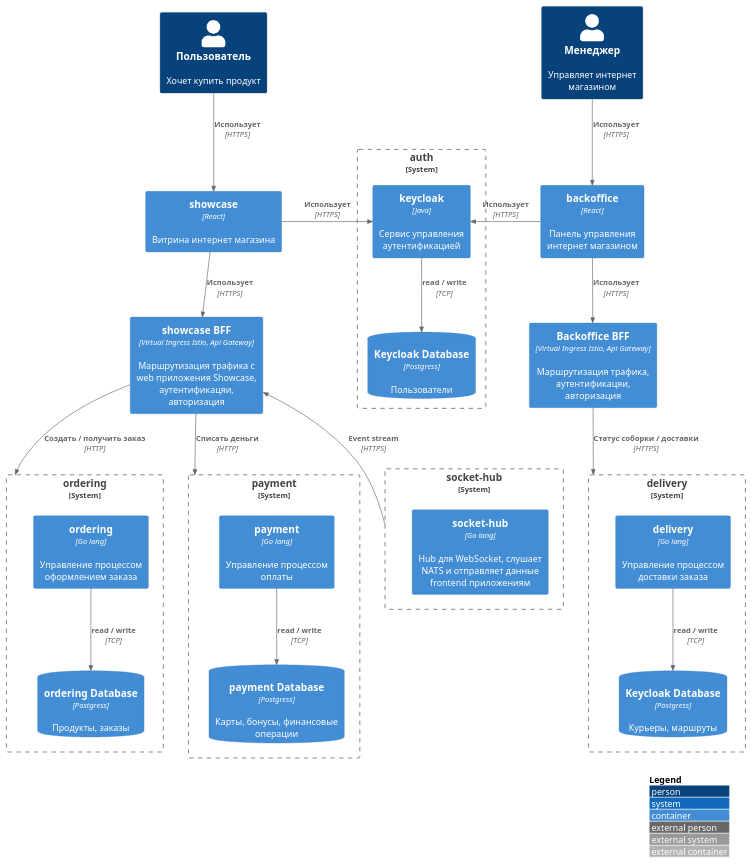
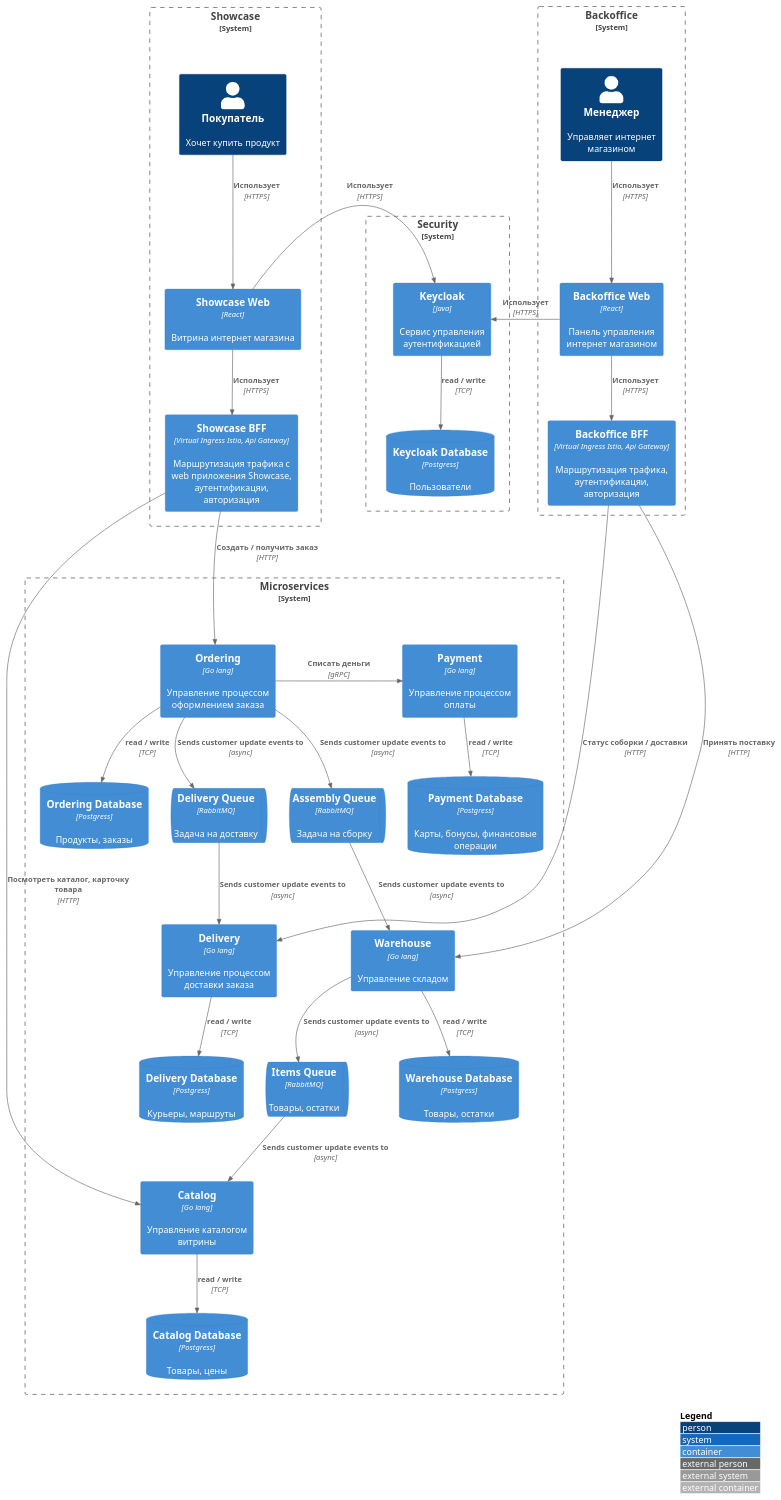
Before and after one commit to gerzhan/knigaexpert-system-design: the first of 2 diagrams in README.md, drawn with PlantUML. The commit also changed other lines of this file and 1 other file, not shown here.

````diff
--- a/README.md
+++ b/README.md
@@ -56,51 +56,60 @@
 LAYOUT_TOP_DOWN()
 LAYOUT_WITH_LEGEND()
 
-' Actors
-Person(customer, Пользователь, "Хочет купить продукт")
+' Showcase
+System_Boundary(showcase, "Showcase") {
+Person(customer, Покупатель, "Хочет купить продукт")
+Container(showcase_app, "Showcase Web", "React", "Витрина интернет магазина")
+Container(showcase_bff, "Showcase BFF", "Virtual Ingress Istio, Api Gateway", "Маршрутизация трафика c web приложения Showcase, аутентификацяи, авторизация")
+}
+
+' Backoffice
+System_Boundary(backoffice, "Backoffice") {
 Person(manager, Менеджер, "Управляет интернет магазином")
+Container(backoffice_app, "Backoffice Web", "React", "Панель управления интернет магазином")  
+Container(backoffice_bff, "Backoffice BFF", "Virtual Ingress Istio, Api Gateway", "Маршрутизация трафика, аутентификацяи, авторизация")
+}
 
-' Frontends
-Container(showcase_app, "showcase", "React", "Витрина интернет магазина")
-Container(backoffice_app, "backoffice", "React", "Панель управления интернет магазином")  
-
-' Api Gateways
-Container(showcase_bff, "showcase BFF", "Virtual Ingress Istio, Api Gateway", "Маршрутизация трафика c web приложения Showcase, аутентификацяи, авторизация")
-Container(backoffice_bff, "Backoffice BFF", "Virtual Ingress Istio, Api Gateway", "Маршрутизация трафика, аутентификацяи, авторизация")
 
 ' Services
-System_Boundary(auth_service, "auth") {
-  Container(auth, "keycloak", "Java", "Сервис управления аутентификацией")
+System_Boundary(security, "Security") {
+  Container(auth, "Keycloak", "Java", "Сервис управления аутентификацией")
   ContainerDb(auth_db, "Keycloak Database", "Postgress", "Пользователи")
   Rel(auth, auth_db, "read / write", "TCP")
 }
 
-System_Boundary(ordering_service, "ordering") {
-  Container(ordering, "ordering", "Go lang", "Управление процессом оформлением заказа")
-  ContainerDb(ordering_db, "ordering Database", "Postgress", "Продукты, заказы")
+System_Boundary(microservices, "Microservices") {
+  Container(warehouse, "Warehouse", "Go lang", "Управление складом")
+  ContainerDb(warehouse_db, "Warehouse Database", "Postgress", "Товары, остатки")
+  Rel(warehouse, warehouse_db, "read / write", "TCP")
+
+  Container(catalog, "Catalog", "Go lang", "Управление каталогом витрины")
+  ContainerDb(catalog_db, "Catalog Database", "Postgress", "Товары, цены")
+  Rel(catalog, catalog_db, "read / write", "TCP")
+
+  Container(ordering, "Ordering", "Go lang", "Управление процессом оформлением заказа")
+  ContainerDb(ordering_db, "Ordering Database", "Postgress", "Продукты, заказы")
   Rel(ordering, ordering_db, "read / write", "TCP")
+
+  Container(payment, "Payment", "Go lang", "Управление процессом оплаты")
+  ContainerDb(payment_db, "Payment Database", "Postgress", "Карты, бонусы, финансовые операции")
+  Rel(payment, payment_db, "read / write", "TCP")
+
+  Container(delivery, "Delivery", "Go lang", "Управление процессом доставки заказа")
+  ContainerDb(delivery_db, "Delivery Database", "Postgress", "Курьеры, маршруты")
+  Rel(delivery, delivery_db, "read / write", "TCP")
+
+  ContainerQueue(items_queue, "Items Queue", "RabbitMQ", "Товары, остатки")
+  ContainerQueue(delivery_queue, "Delivery Queue", "RabbitMQ", "Задача на доставку")
+  ContainerQueue(assembly_queue, "Assembly Queue", "RabbitMQ", "Задача на сборку")
+
 }
-
-System_Boundary(payment_service, "payment") {
-  Container(payment, "payment", "Go lang", "Управление процессом оплаты")
-  ContainerDb(payment_db, "payment Database", "Postgress", "Карты, бонусы, финансовые операции")
-  Rel(payment, payment_db, "read / write", "TCP")
-}
-
-System_Boundary(delivery_service, "delivery") {
-  Container(delivery, "delivery", "Go lang", "Управление процессом доставки заказа")
-  ContainerDb(delivery_db, "Keycloak Database", "Postgress", "Курьеры, маршруты")
-  Rel(delivery, delivery_db, "read / write", "TCP")
-}
-
-System_Boundary(socket_hub_service, "socket-hub") {
-  Container(socket_hub, "socket-hub", "Go lang", "Hub для WebSocket, слушает NATS и отправляет данные frontend приложениям")
-}
-
 
 ' Front -> Auth
 Rel_L(showcase_app, auth, "Использует", "HTTPS")
 Rel_R(backoffice_app, auth, "Использует", "HTTPS")
+Lay_R(showcase,security)
+Lay_D(showcase,microservices)
 
 ' Actor -> Front
 Rel(customer, showcase_app, "Использует", "HTTPS")
@@ -109,10 +118,8 @@
 Rel(showcase_app, showcase_bff, "Использует", "HTTPS")
 
 ' Api Gateway -> Services
-Rel(showcase_bff, ordering_service, "Создать / получить заказ", "HTTP")
-Rel(showcase_bff, payment_service, "Списать деньги", "HTTP")
-Rel_U(socket_hub_service,showcase_bff , "Event stream", "HTTPS")
-
+Rel(showcase_bff, catalog, "Посмотреть каталог, карточку товара", "HTTP")
+Rel(showcase_bff, ordering, "Создать / получить заказ", "HTTP")
 
 
 ' Actor -> Front
@@ -122,7 +129,22 @@
 Rel(backoffice_app, backoffice_bff, "Использует", "HTTPS")
 
 ' Api Gateway -> Services
-Rel(backoffice_bff, delivery_service, "Статус соборки / доставки", "HTTPS")
+Rel(backoffice_bff, delivery, "Статус соборки / доставки", "HTTP")
+Rel(backoffice_bff, warehouse, "Принять поставку", "HTTP")
 
+' Sync
+Rel_R(ordering, payment, "Списать деньги", "gRPC")
 
+' Async
+' ordering -> delivery
+Rel(ordering, delivery_queue, "Sends customer update events to", "async")   
+Rel(delivery_queue, delivery, "Sends customer update events to", "async")
+
+' warehouse -> catalog
+Rel(warehouse,  items_queue, "Sends customer update events to", "async")   
+Rel(items_queue, catalog, "Sends customer update events to", "async")
+
+' ordering -> warehouse
+Rel(ordering, assembly_queue, "Sends customer update events to", "async")   
+Rel(assembly_queue, warehouse, "Sends customer update events to", "async")
 ```
````
